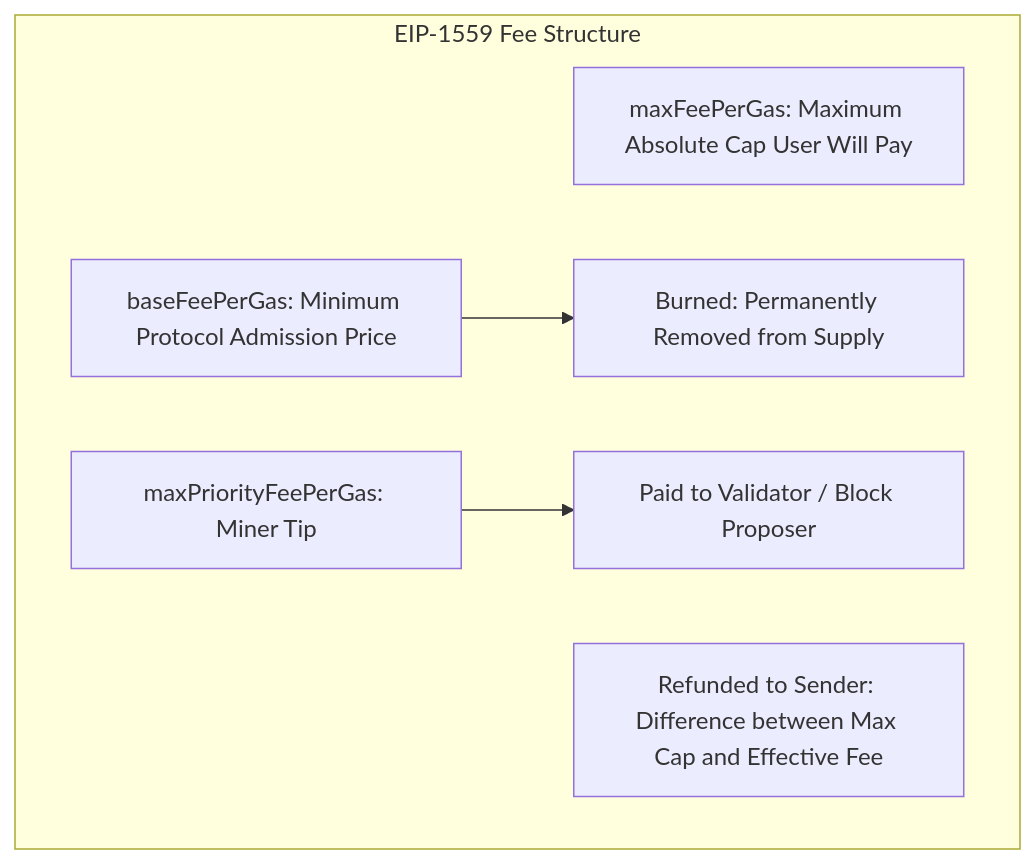
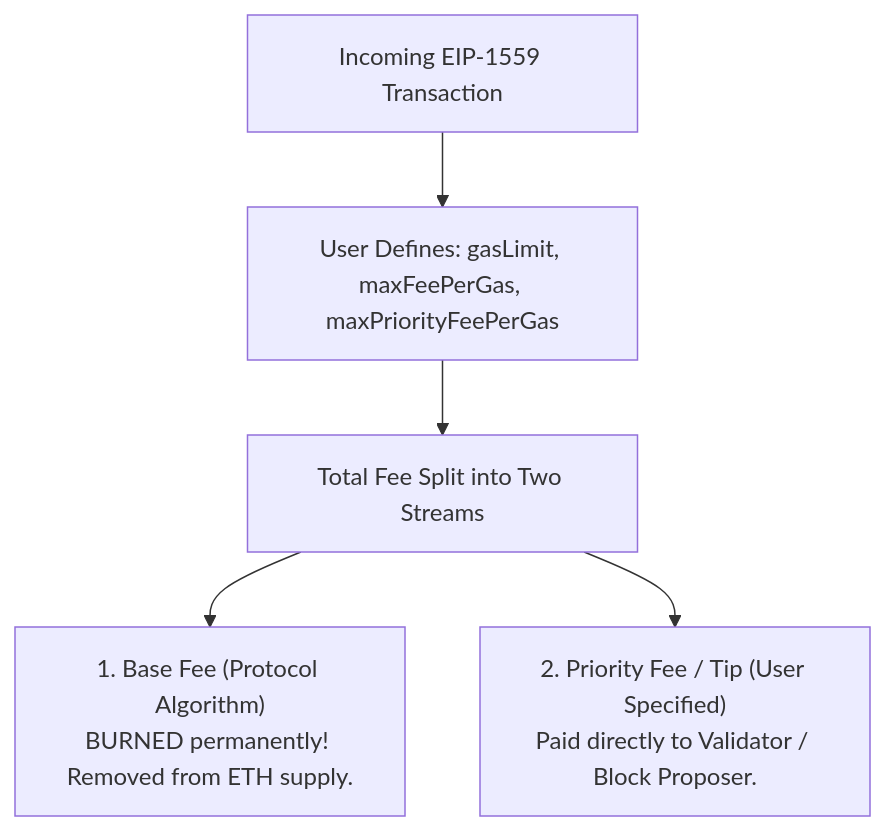
Before and after one commit to ub-society/modules: the second of 4 diagrams in docs/learn/fundamentals/04-programmability-and-vm/03-gas-economics-and-execution-halting.md, drawn with Mermaid. The commit also changed other lines of this file and 4 other files, not shown here.

````diff
--- a/docs/learn/fundamentals/04-programmability-and-vm/03-gas-economics-and-execution-halting.md
+++ b/docs/learn/fundamentals/04-programmability-and-vm/03-gas-economics-and-execution-halting.md
@@ -42,12 +68,7 @@
 ```mermaid
 flowchart TD
-    subgraph EIP-1559 Fee Structure
-        MF[maxFeePerGas: Maximum Absolute Cap User Will Pay]
-        MPF[maxPriorityFeePerGas: Miner Tip]
-        BF[baseFeePerGas: Minimum Protocol Admission Price]
-
-        BF --> Burn[Burned: Permanently Removed from Supply]
-        MPF --> Proposer[Paid to Validator / Block Proposer]
-        Refund[Refunded to Sender: Difference between Max Cap and Effective Fee]
-    end
+    Tx[Incoming EIP-1559 Transaction] --> Parameters["User Defines: gasLimit, maxFeePerGas, maxPriorityFeePerGas"]
+    Parameters --> Split["Total Fee Split into Two Streams"]
+    Split --> BaseFee["1. Base Fee (Protocol Algorithm)<br/>BURNED permanently! Removed from ETH supply."]
+    Split --> PriorityFee["2. Priority Fee / Tip (User Specified)<br/>Paid directly to Validator / Block Proposer."]
 ```
````
